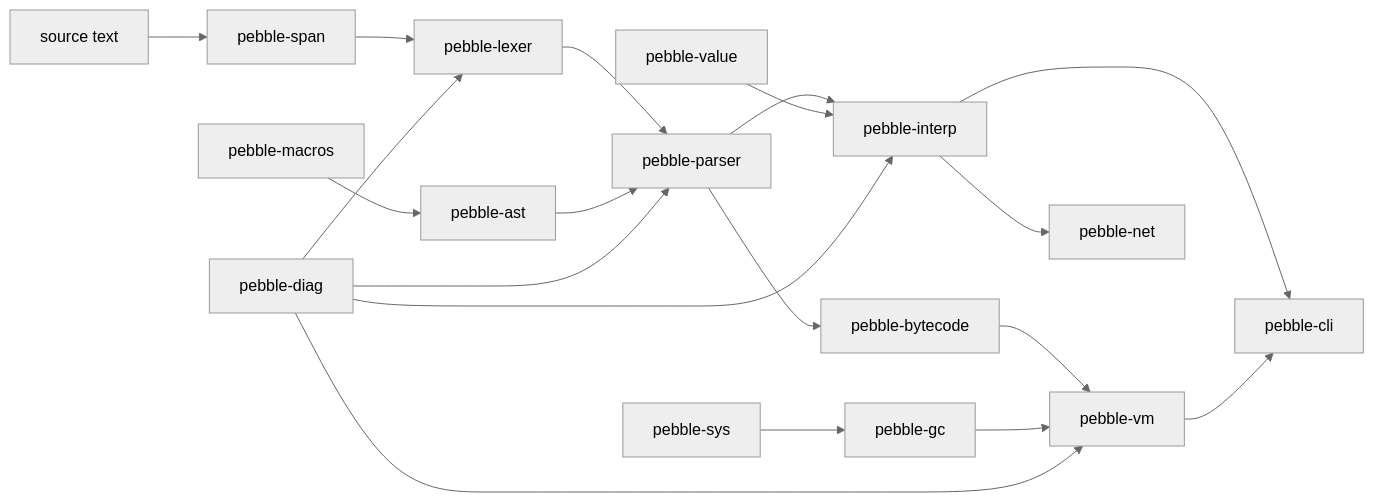
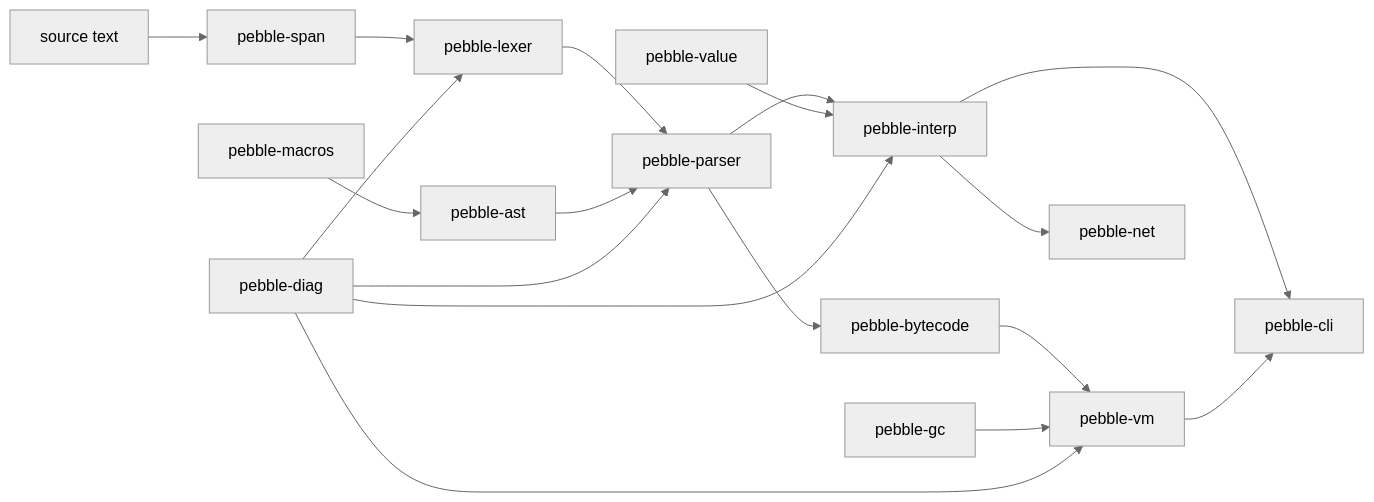
The diagram in docs/ARCHITECTURE.md (bfmhno3/pebble), drawn with Mermaid (neutral theme) before and after one commit. The commit also changed other lines of this file and 6 other files, not shown here.

````diff
--- a/docs/ARCHITECTURE.md
+++ b/docs/ARCHITECTURE.md
@@ -10,21 +10,20 @@
 ```mermaid
 graph LR
     src["source text"] --> span[pebble-span]
     span --> lexer[pebble-lexer]
     lexer --> parser[pebble-parser]
     ast[pebble-ast] --> parser
     macros[pebble-macros] --> ast
     parser --> interp[pebble-interp]
     value[pebble-value] --> interp
     parser --> bc[pebble-bytecode]
     bc --> vm[pebble-vm]
     gc[pebble-gc] --> vm
     diag[pebble-diag] --> lexer
     diag --> parser
     diag --> interp
     diag --> vm
     interp --> cli[pebble-cli]
     vm --> cli
     interp --> net[pebble-net]
-    sys[pebble-sys] --> gc
 ```
````
